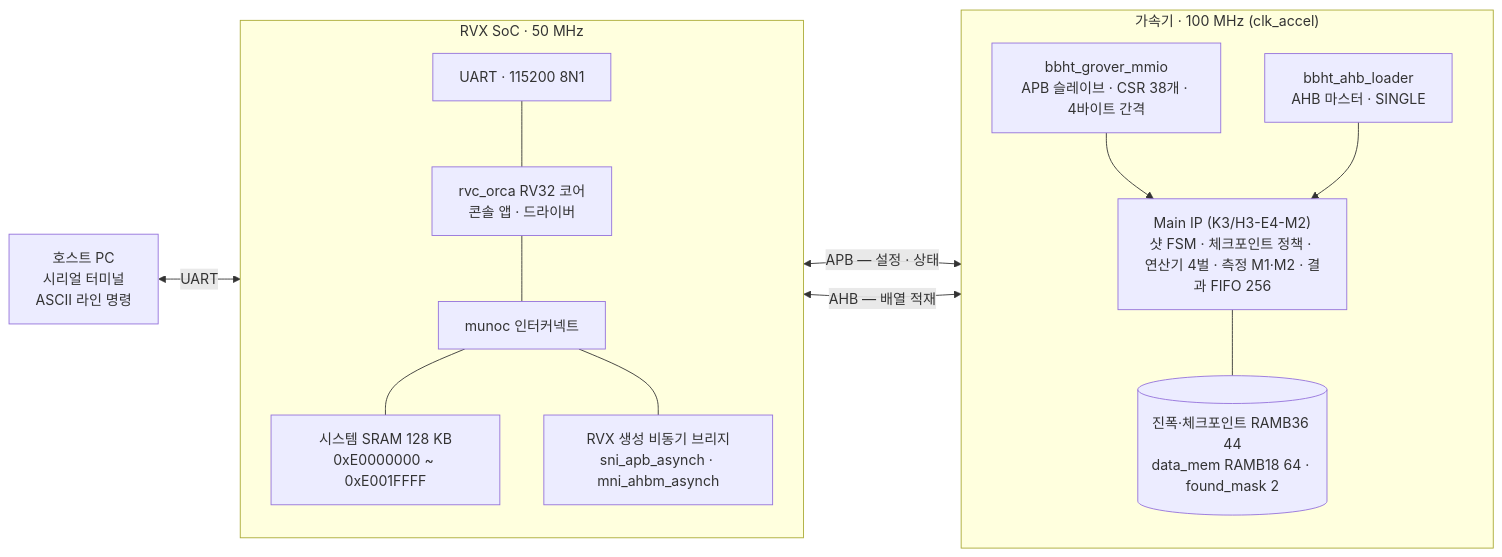
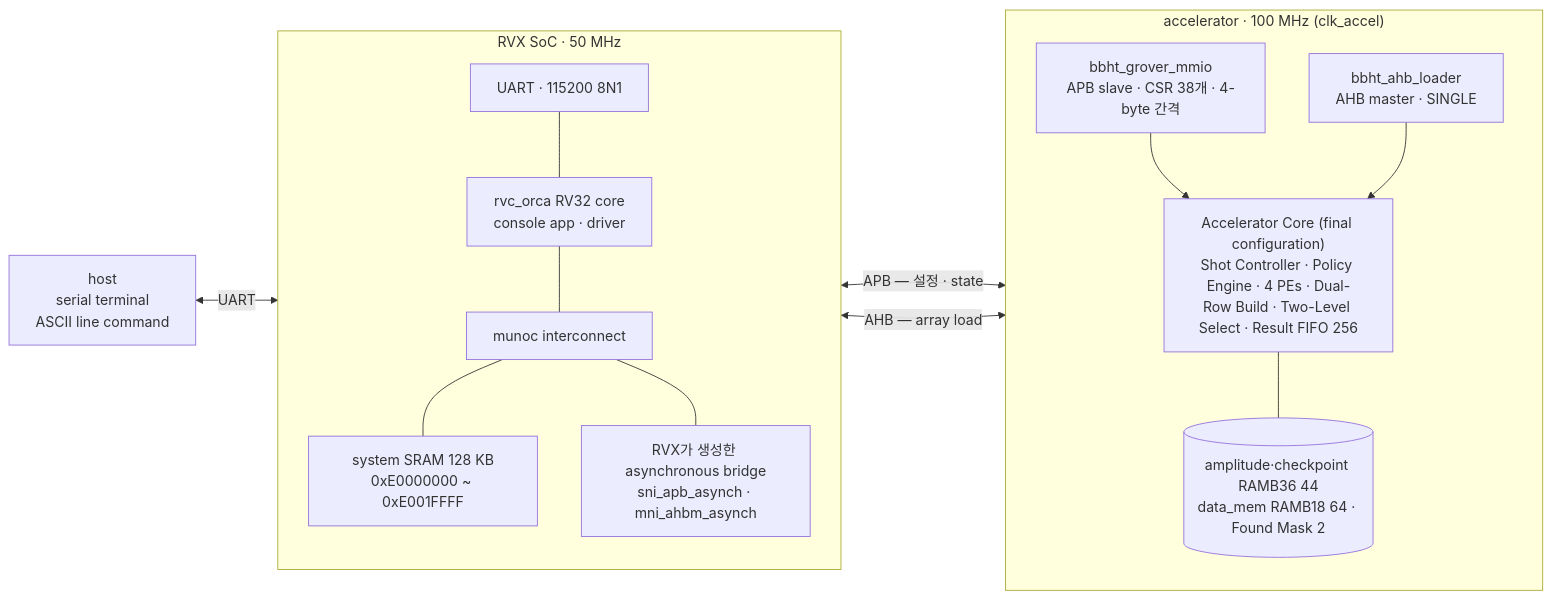
The diagram in documents/study_references/diagrams/src/17_soc_block.mmd (Git-Junsang/Quantum-Grover), drawn with Mermaid before and after one commit. The commit also changed 3854 other files, not shown here.

First line of the commit message:
진행 상태 저장: policy 최적화와 parameterized Main IP 연결

```diff
--- a/documents/study_references/diagrams/src/17_soc_block.mmd
+++ b/documents/study_references/diagrams/src/17_soc_block.mmd
@@ -1,27 +1,27 @@
 flowchart LR
-    HOST["호스트 PC<br/>시리얼 터미널<br/>ASCII 라인 명령"]
+    HOST["host<br/>serial terminal<br/>ASCII line command"]
     subgraph SOC["RVX SoC · 50 MHz"]
         direction TB
         UARTIP["UART · 115200 8N1"]
-        CORE["rvc_orca RV32 코어<br/>콘솔 앱 · 드라이버"]
-        NOC["munoc 인터커넥트"]
-        SRAM["시스템 SRAM 128 KB<br/>0xE0000000 ~ 0xE001FFFF"]
-        BR["RVX 생성 비동기 브리지<br/>sni_apb_asynch · mni_ahbm_asynch"]
+        CORE["rvc_orca RV32 core<br/>console app · driver"]
+        NOC["munoc interconnect"]
+        SRAM["system SRAM 128 KB<br/>0xE0000000 ~ 0xE001FFFF"]
+        BR["RVX가 생성한 asynchronous bridge<br/>sni_apb_asynch · mni_ahbm_asynch"]
         UARTIP --- CORE
         CORE --- NOC
         NOC --- SRAM
         NOC --- BR
     end
-    subgraph IP["가속기 · 100 MHz (clk_accel)"]
+    subgraph IP["accelerator · 100 MHz (clk_accel)"]
         direction TB
-        CSR["bbht_grover_mmio<br/>APB 슬레이브 · CSR 38개 · 4바이트 간격"]
-        DMA["bbht_ahb_loader<br/>AHB 마스터 · SINGLE"]
-        MAIN["Main IP (K3/H3-E4-M2)<br/>샷 FSM · 체크포인트 정책 · 연산기 4벌 · 측정 M1·M2 · 결과 FIFO 256"]
-        MEM[("진폭·체크포인트 RAMB36 44<br/>data_mem RAMB18 64 · found_mask 2")]
+        CSR["bbht_grover_mmio<br/>APB slave · CSR 38개 · 4-byte 간격"]
+        DMA["bbht_ahb_loader<br/>AHB master · SINGLE"]
+        MAIN["Accelerator Core (final configuration)<br/>Shot Controller · Policy Engine · 4 PEs · Dual-Row Build · Two-Level Select · Result FIFO 256"]
+        MEM[("amplitude·checkpoint RAMB36 44<br/>data_mem RAMB18 64 · Found Mask 2")]
         CSR --> MAIN
         DMA --> MAIN
         MAIN --- MEM
     end
     HOST <-->|UART| UARTIP
-    BR <-->|"APB — 설정 · 상태"| CSR
-    BR <-->|"AHB — 배열 적재"| DMA
+    BR <-->|"APB — 설정 · state"| CSR
+    BR <-->|"AHB — array load"| DMA
```
